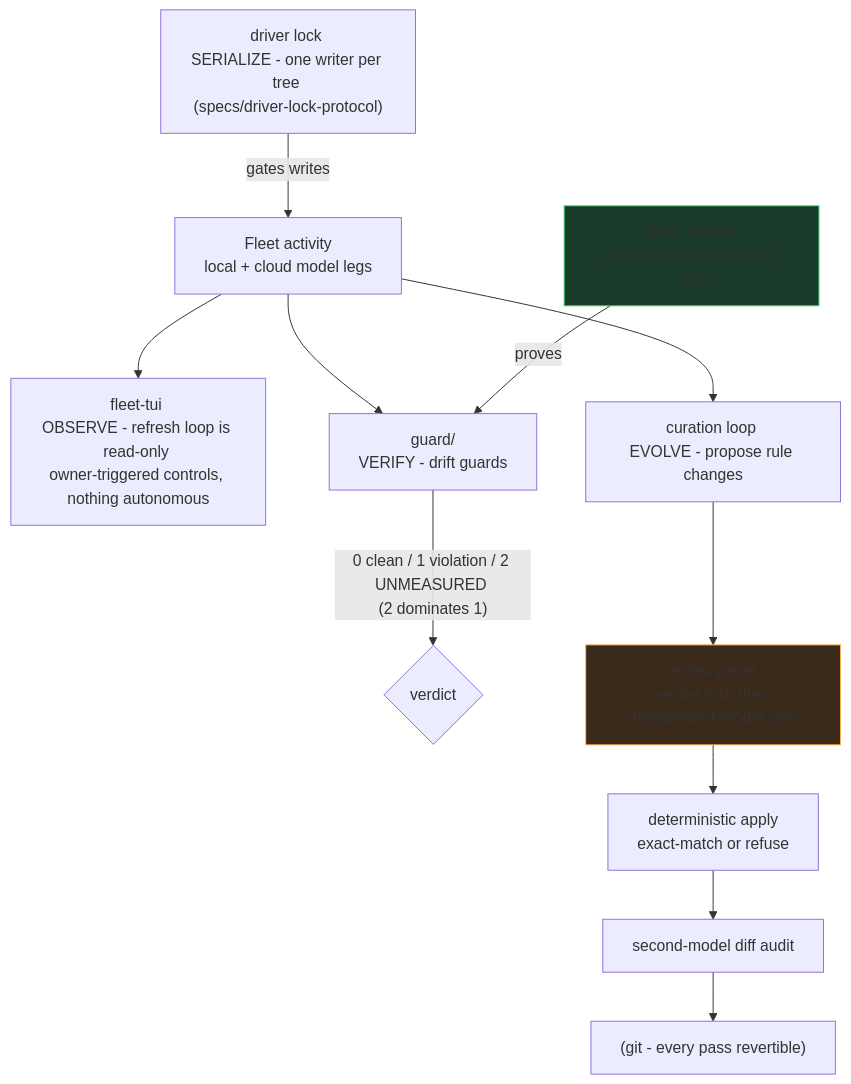
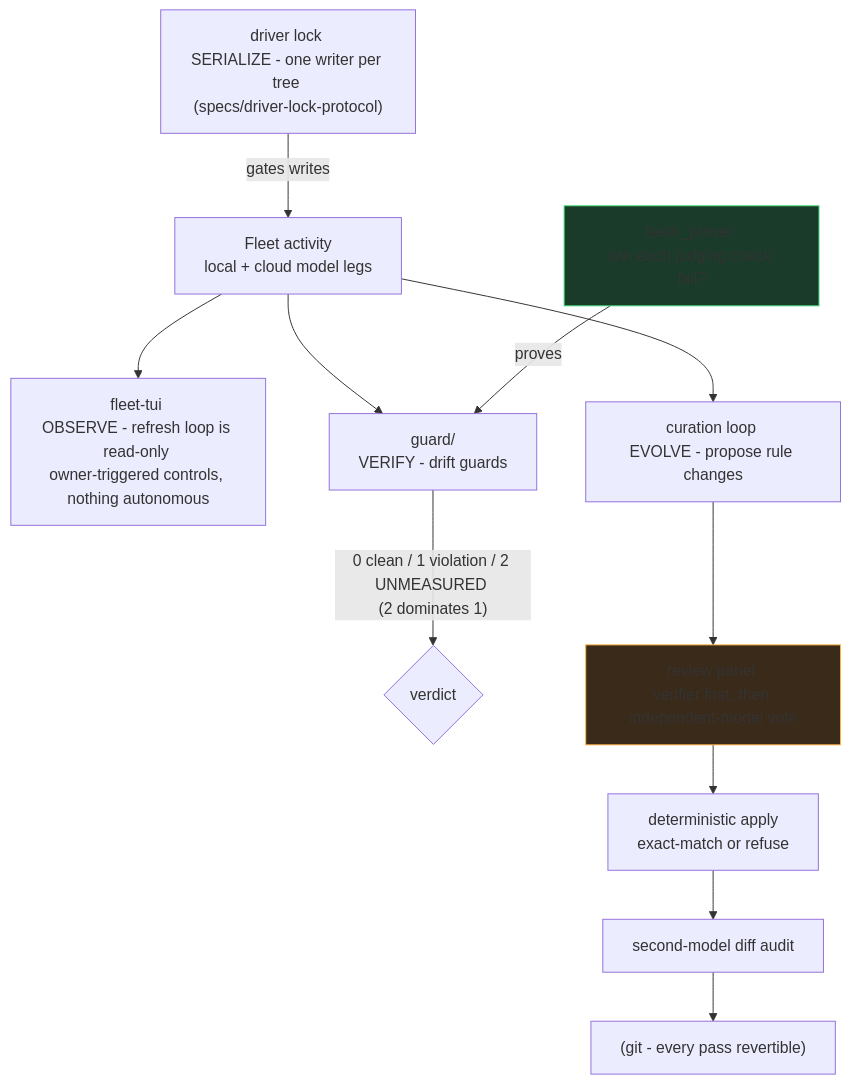
Before and after one commit to sherifican/Agent-FleetOps: the first of 4 diagrams in README.md, drawn with Mermaid. The commit also changed other lines of this file and 10 other files, not shown here.

First line of the commit message:
Scope the teeth-prover claims to the judging checks, and tighten five guard tests

````diff
--- a/README.md
+++ b/README.md
@@ -35,13 +36,13 @@
 ```mermaid
 flowchart TD
     W["Fleet activity <br/>local + cloud model legs"] --> T["fleet-tui <br/>OBSERVE - refresh loop is read-only <br/>owner-triggered controls, nothing autonomous"]
     L["driver lock <br/>SERIALIZE - one writer per tree <br/>(specs/driver-lock-protocol)"] -->|gates writes| W
     W --> G["guard/ <br/>VERIFY - drift guards"]
-    TP["teeth_prover <br/>can every guard actually fail?"] -->|proves| G
+    TP["teeth_prover <br/>can each judging check fail?"] -->|proves| G
     G -->|"0 clean / 1 violation / 2 UNMEASURED <br/>(2 dominates 1)"| V{verdict}
     W --> C["curation loop <br/>EVOLVE - propose rule changes"]
     C --> H["review panel <br/>verifier first, then independent-model vote"]
     H --> A["deterministic apply <br/>exact-match or refuse"] --> D["second-model diff audit"] --> R["(git - every pass revertible)"]
     style TP fill:#1a3a2a,stroke:#39d36f
     style H fill:#3a2a1a,stroke:#ffb347
 ```
````
